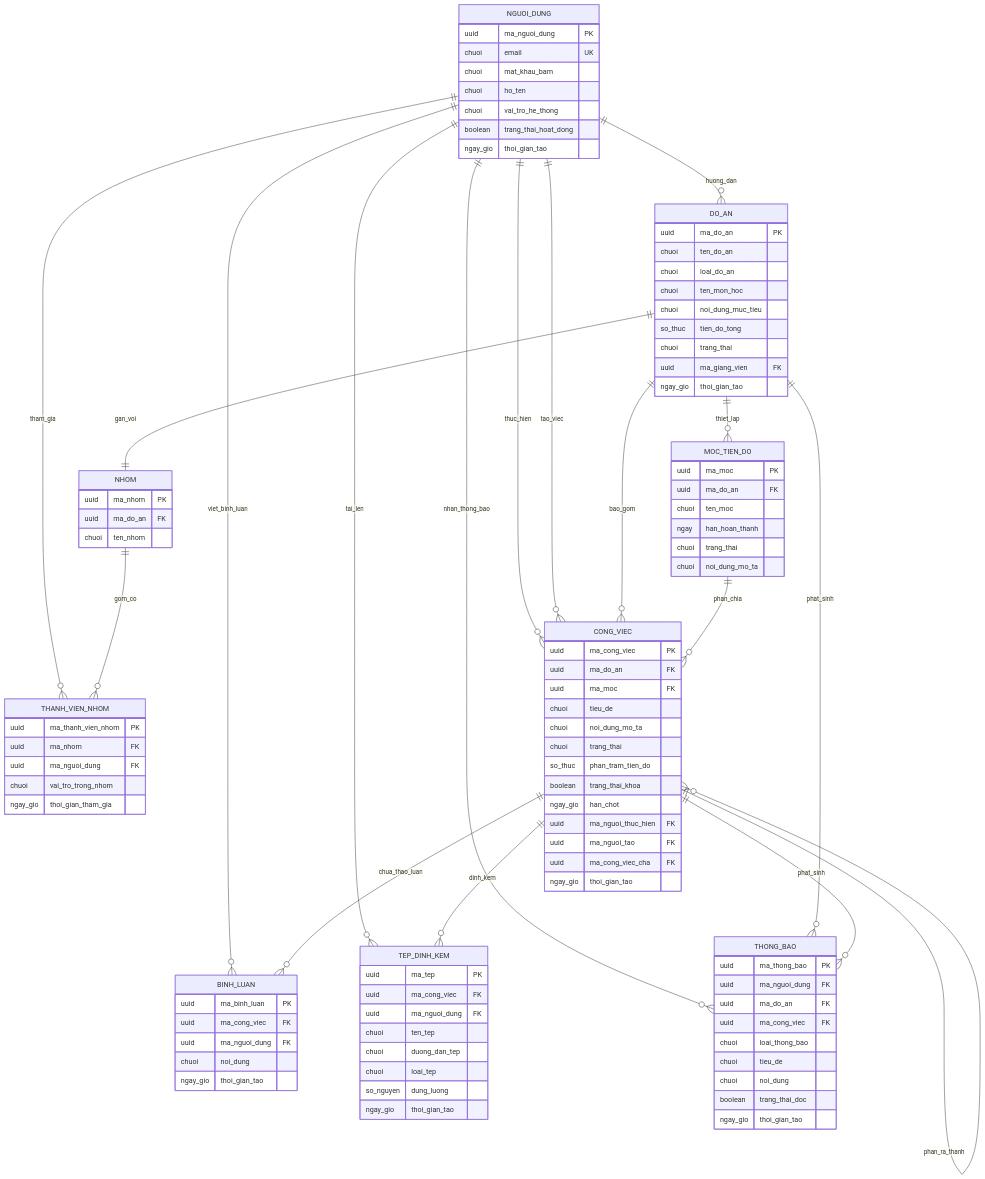
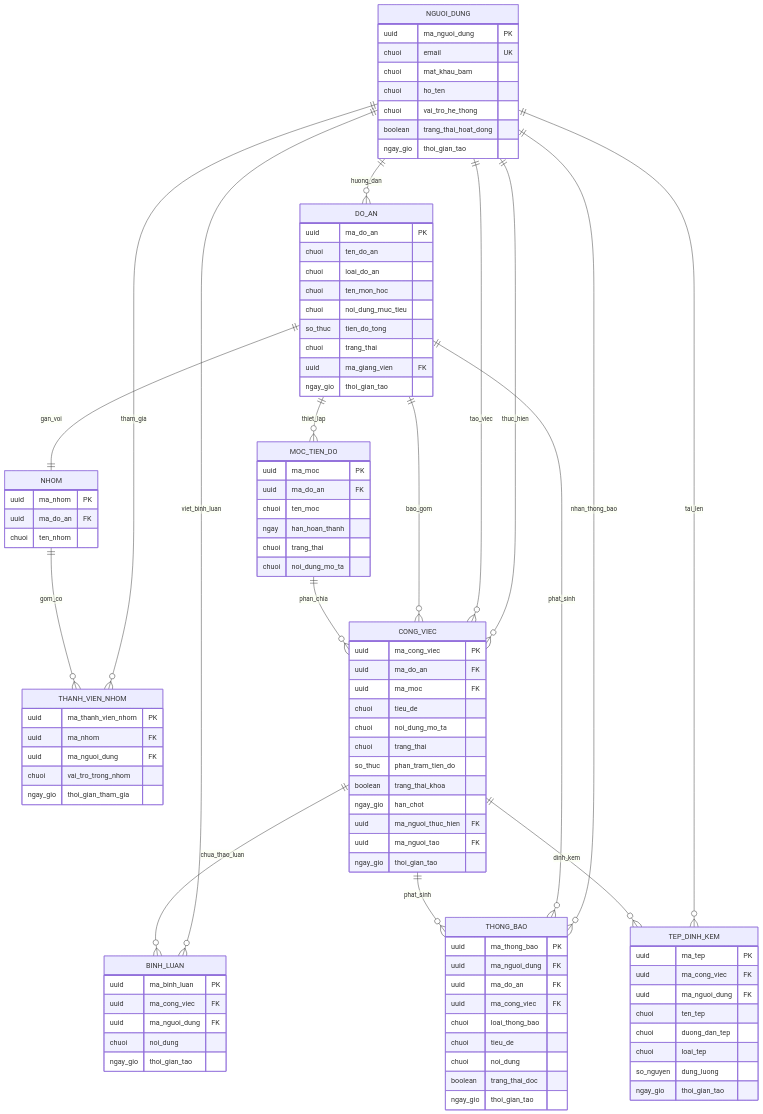
One commit to TDMHorizon/HeThongQuanLyCongViecVaTienDoDoAnNhom changed the diagram in 03-csdl/06-erd.md. Above: the diagram before and after it, drawn with Mermaid. The commit also changed other lines of this file and 9 other files, not shown here.

First line of the commit message:
Hoàn thiện chuẩn hóa CSDL BCNF, bảo toàn thông tin và đồng bộ UML

```diff
--- a/03-csdl/06-erd.md
+++ b/03-csdl/06-erd.md
@@ -23,7 +23,6 @@
   CONG_VIEC ||--o{ BINH_LUAN : chua_thao_luan
   CONG_VIEC ||--o{ TEP_DINH_KEM : dinh_kem
   CONG_VIEC ||--o{ THONG_BAO : phat_sinh
-  CONG_VIEC ||--o{ CONG_VIEC : phan_ra_thanh
 
   NGUOI_DUNG {
     uuid ma_nguoi_dung PK
@@ -82,7 +81,6 @@
     ngay_gio han_chot
     uuid ma_nguoi_thuc_hien FK
     uuid ma_nguoi_tao FK
-    uuid ma_cong_viec_cha FK
     ngay_gio thoi_gian_tao
   }
 
```
